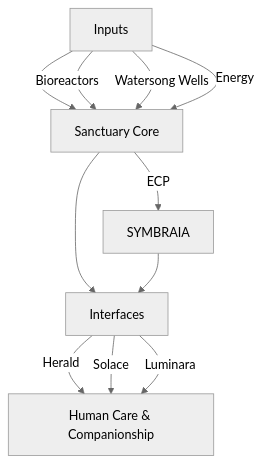
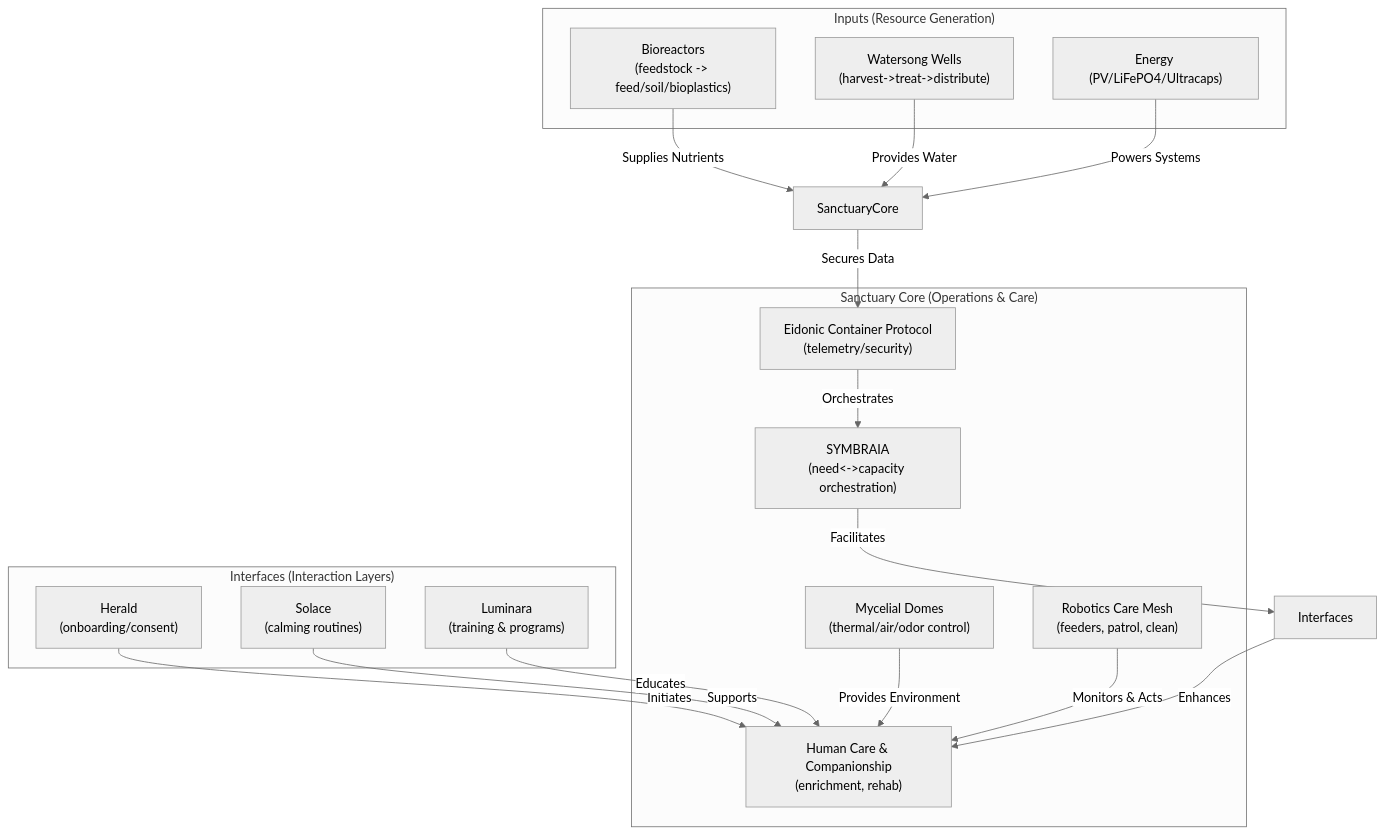
One commit to S1ngularD2ality/eidonic-language-elol changed the diagram in eidonic_animal_sanctuary/README.md. Above: the diagram before and after it, drawn with Mermaid (neutral theme). The commit also changed other lines of this file, not shown here.

````diff
--- a/eidonic_animal_sanctuary/README.md
+++ b/eidonic_animal_sanctuary/README.md
@@ -96,13 +96,36 @@
 ```mermaid
 graph TD
-  Inputs[Inputs] --> SanctuaryCore[Sanctuary Core]
-  SanctuaryCore --> Interfaces[Interfaces]
-  Inputs -->|Bioreactors| SanctuaryCore
-  Inputs -->|Watersong Wells| SanctuaryCore
-  Inputs -->|Energy| SanctuaryCore
-  SanctuaryCore -->|ECP| SYM[SYMBRAIA]
-  SYM --> Interfaces
-  Interfaces -->|Herald| HCC[Human Care & Companionship]
-  Interfaces -->|Solace| HCC
-  Interfaces -->|Luminara| HCC
+  subgraph "Inputs (Resource Generation)"
+    BR["Bioreactors<br/>(feedstock -> feed/soil/bioplastics)"]
+    WS["Watersong Wells<br/>(harvest->treat->distribute)"]
+    PV["Energy (PV/LiFePO4/Ultracaps)"]
+  end
+
+  subgraph "Sanctuary Core (Operations & Care)"
+    DOMES["Mycelial Domes<br/>(thermal/air/odor control)"]
+    RCM["Robotics Care Mesh<br/>(feeders, patrol, clean)"]
+    HCC["Human Care & Companionship<br/>(enrichment, rehab)"]
+    ECP["Eidonic Container Protocol<br/>(telemetry/security)"]
+    SYM["SYMBRAIA<br/>(need<->capacity orchestration)"]
+    RCM -->|Monitors & Acts| HCC
+    DOMES -->|Provides Environment| HCC
+  end
+
+  subgraph "Interfaces (Interaction Layers)"
+    HER["Herald<br/>(onboarding/consent)"]
+    SOL["Solace<br/>(calming routines)"]
+    LUM["Luminara<br/>(training & programs)"]
+    HER -->|Initiates| HCC
+    SOL -->|Supports| HCC
+    LUM -->|Educates| HCC
+  end
+
+  BR -->|Supplies Nutrients| SanctuaryCore
+  WS -->|Provides Water| SanctuaryCore
+  PV -->|Powers Systems| SanctuaryCore
+
+  SanctuaryCore -->|Secures Data| ECP
+  ECP -->|Orchestrates| SYM
+  SYM -->|Facilitates| Interfaces
+  Interfaces -->|Enhances| HCC
 ```
````
